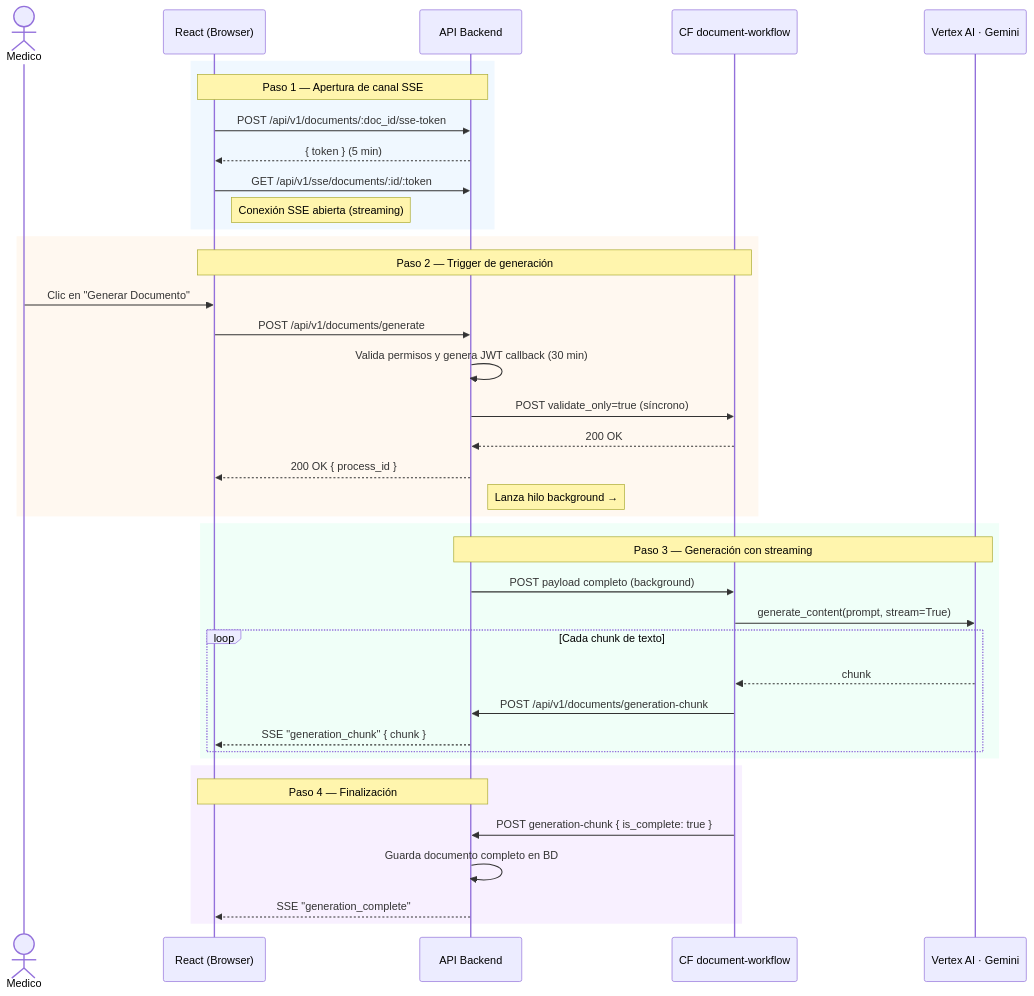
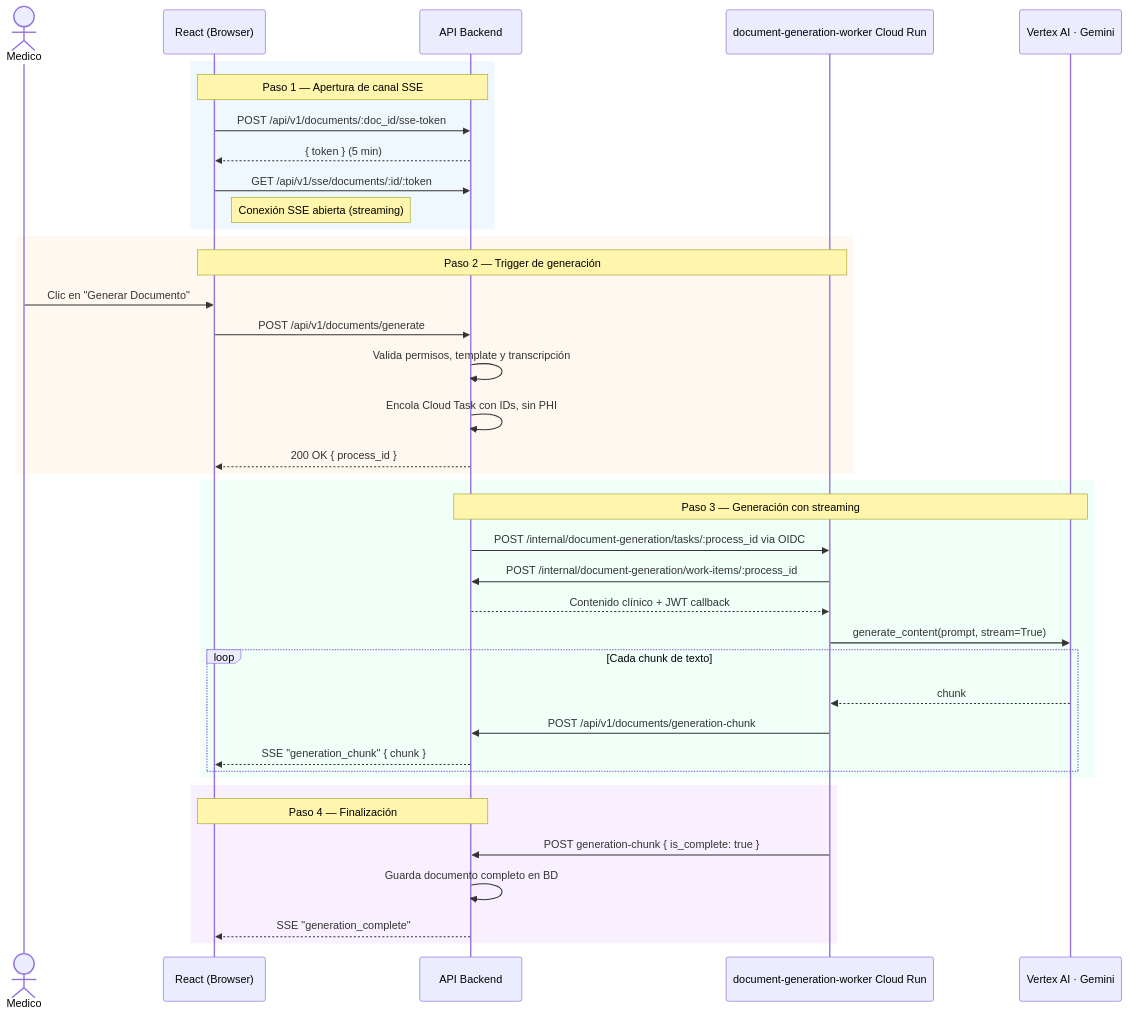
One commit to Jmoreno844/medical-ai-webapp changed the third of 3 diagrams in docs/architecture/system-overview.md. Above: the diagram before and after it, drawn with Mermaid. The commit also changed other lines of this file and 99 other files, not shown here.

First line of the commit message:
feat(workers): move AI workflows to Cloud Run

````diff
--- a/docs/architecture/system-overview.md
+++ b/docs/architecture/system-overview.md
@@ -117,46 +120,46 @@
 ```mermaid
 sequenceDiagram
     actor Medico
     participant Browser as React (Browser)
     participant Backend as API Backend
-    participant CF as CF document-workflow
+    participant DocWorker as document-generation-worker Cloud Run
     participant Gemini as Vertex AI · Gemini
 
     rect rgb(240, 248, 255)
         note over Browser,Backend: Paso 1 — Apertura de canal SSE
         Browser->>Backend: POST /api/v1/documents/:doc_id/sse-token
         Backend-->>Browser: { token } (5 min)
         Browser->>Backend: GET /api/v1/sse/documents/:id/:token
         note right of Browser: Conexión SSE abierta (streaming)
     end
 
     rect rgb(255, 248, 240)
-        note over Browser,CF: Paso 2 — Trigger de generación
+        note over Browser,DocWorker: Paso 2 — Trigger de generación
         Medico->>Browser: Clic en "Generar Documento"
         Browser->>Backend: POST /api/v1/documents/generate
-        Backend->>Backend: Valida permisos y genera JWT callback (30 min)
-        Backend->>CF: POST validate_only=true (síncrono)
-        CF-->>Backend: 200 OK
+        Backend->>Backend: Valida permisos, template y transcripción
+        Backend->>Backend: Encola Cloud Task con IDs, sin PHI
         Backend-->>Browser: 200 OK { process_id }
-        note right of Backend: Lanza hilo background →
     end
 
     rect rgb(240, 255, 248)
         note over Backend,Gemini: Paso 3 — Generación con streaming
-        Backend->>CF: POST payload completo (background)
-        CF->>Gemini: generate_content(prompt, stream=True)
+        Backend->>DocWorker: POST /internal/document-generation/tasks/:process_id via OIDC
+        DocWorker->>Backend: POST /internal/document-generation/work-items/:process_id
+        Backend-->>DocWorker: Contenido clínico + JWT callback
+        DocWorker->>Gemini: generate_content(prompt, stream=True)
 
         loop Cada chunk de texto
-            Gemini-->>CF: chunk
-            CF->>Backend: POST /api/v1/documents/generation-chunk
+            Gemini-->>DocWorker: chunk
+            DocWorker->>Backend: POST /api/v1/documents/generation-chunk
             Backend-->>Browser: SSE "generation_chunk" { chunk }
         end
     end
 
     rect rgb(248, 240, 255)
         note over Backend,Browser: Paso 4 — Finalización
-        CF->>Backend: POST generation-chunk { is_complete: true }
+        DocWorker->>Backend: POST generation-chunk { is_complete: true }
         Backend->>Backend: Guarda documento completo en BD
         Backend-->>Browser: SSE "generation_complete"
     end
 ```
````
